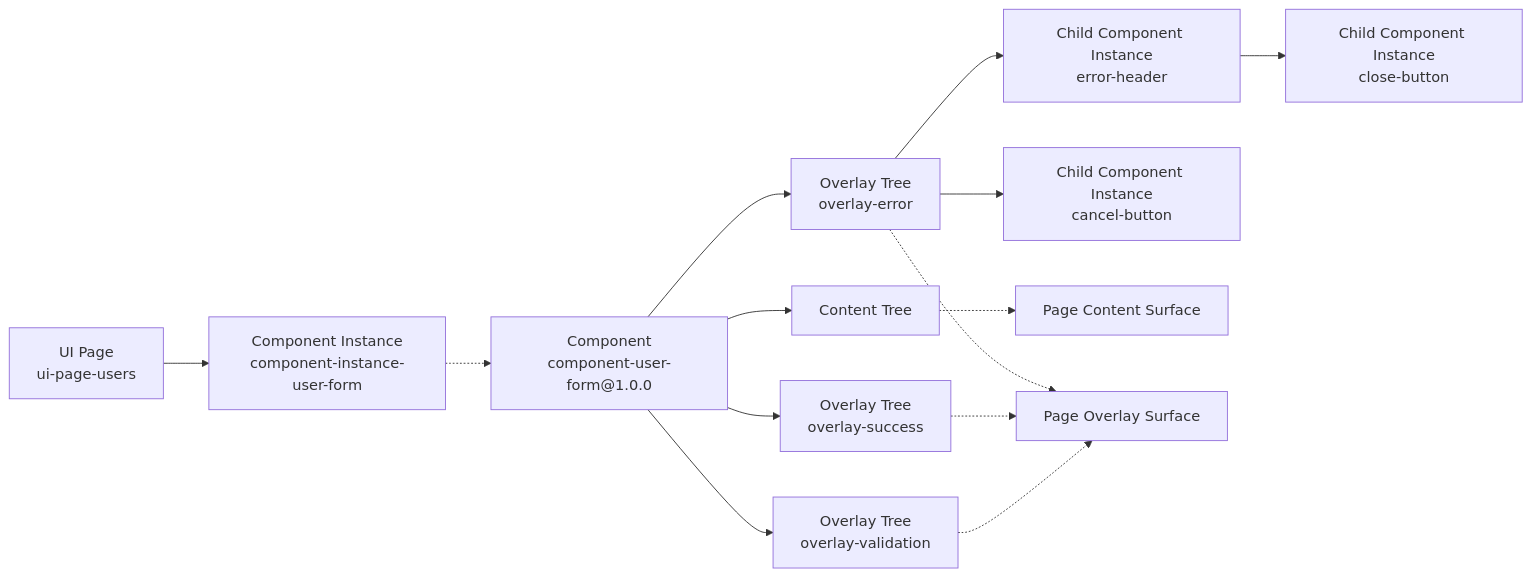
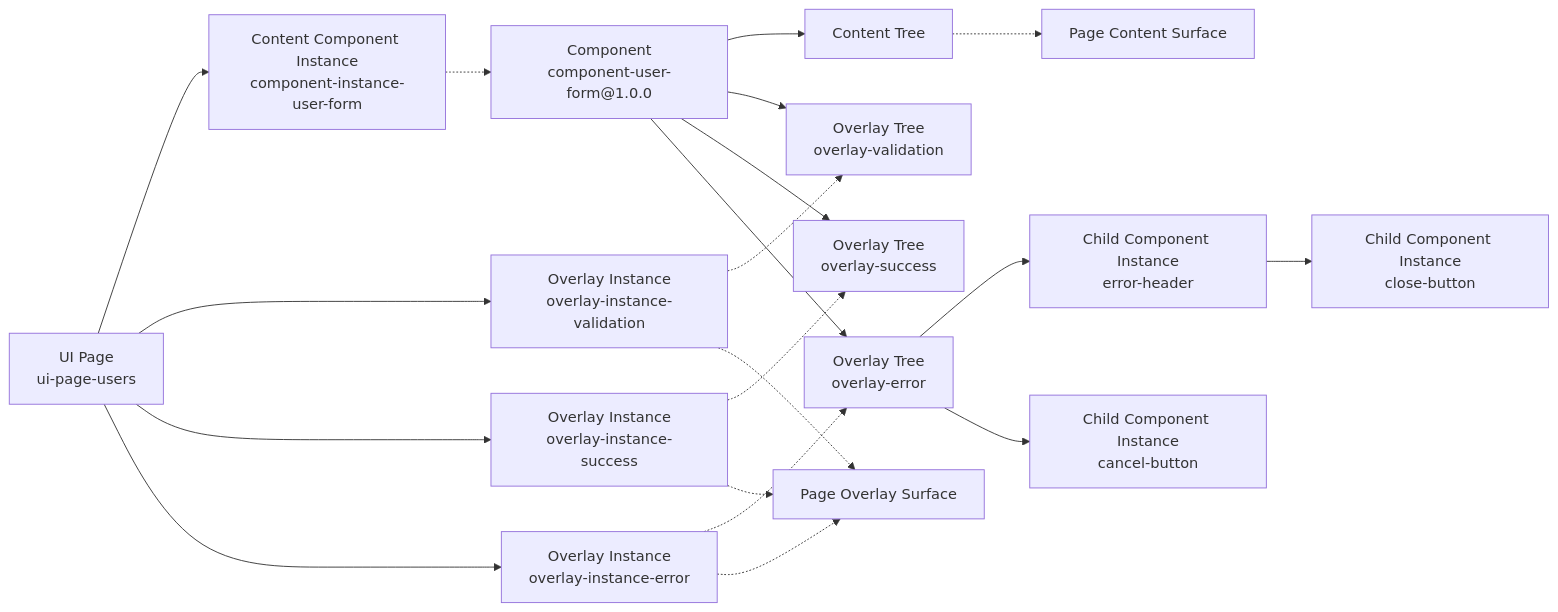
Before and after one commit to northwest-hcu/FlagShip: the first of 7 diagrams in docs/architecture/10-examples-roadmap-and-decisions.md, drawn with Mermaid. The commit also changed other lines of this file and 52 other files, not shown here.

````diff
--- a/docs/architecture/10-examples-roadmap-and-decisions.md
+++ b/docs/architecture/10-examples-roadmap-and-decisions.md
@@ -82,28 +88,37 @@
 ```mermaid
 flowchart LR
     Page["UI Page<br/>ui-page-users"]
-    Instance["Component Instance<br/>component-instance-user-form"]
+    Instance["Content Component Instance<br/>component-instance-user-form"]
+    ValidationInstance["Overlay Instance<br/>overlay-instance-validation"]
+    SuccessInstance["Overlay Instance<br/>overlay-instance-success"]
+    ErrorInstance["Overlay Instance<br/>overlay-instance-error"]
     Component["Component<br/>component-user-form@1.0.0"]
     Content["Content Tree"]
     Validation["Overlay Tree<br/>overlay-validation"]
     Success["Overlay Tree<br/>overlay-success"]
     Error["Overlay Tree<br/>overlay-error"]
     Header["Child Component Instance<br/>error-header"]
     Close["Child Component Instance<br/>close-button"]
     Cancel["Child Component Instance<br/>cancel-button"]
     PageContent["Page Content Surface"]
     PageOverlay["Page Overlay Surface"]
 
     Page --> Instance
+    Page --> ValidationInstance
+    Page --> SuccessInstance
+    Page --> ErrorInstance
     Instance -.-> Component
     Component --> Content
     Component --> Validation
     Component --> Success
     Component --> Error
+    ValidationInstance -.-> Validation
+    SuccessInstance -.-> Success
+    ErrorInstance -.-> Error
     Error --> Header --> Close
     Error --> Cancel
     Content -.-> PageContent
-    Validation -.-> PageOverlay
-    Success -.-> PageOverlay
-    Error -.-> PageOverlay
+    ValidationInstance -.-> PageOverlay
+    SuccessInstance -.-> PageOverlay
+    ErrorInstance -.-> PageOverlay
 ```
````
